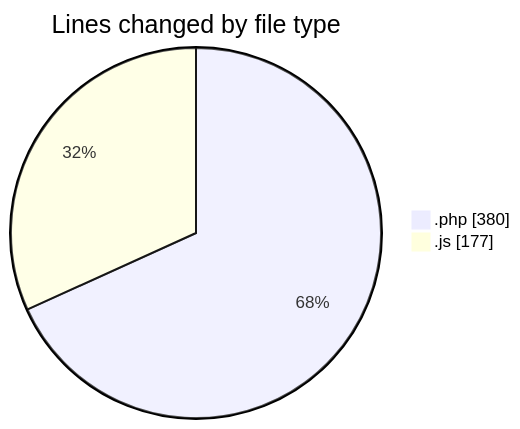
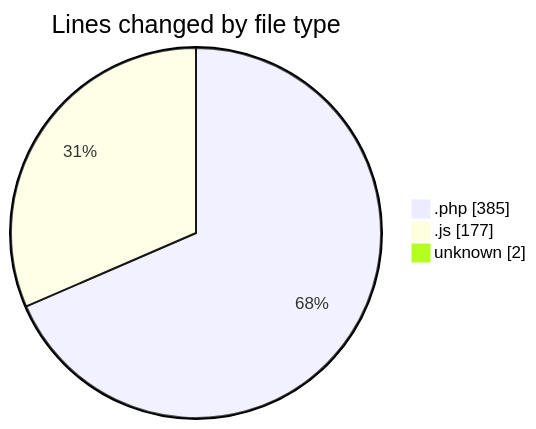
One commit to LanceThiago/code-tracking changed the first of 2 diagrams in 2025-03-26/kml/README.md. Above: the diagram before and after it, drawn with Mermaid. The commit also changed other lines of this file and 1 other file, not shown here.

````diff
--- a/2025-03-26/kml/README.md
+++ b/2025-03-26/kml/README.md
@@ -23,6 +24,7 @@
 ```mermaid
 pie showData
 title Lines changed by file type
-".php" : 380
+".php" : 385
 ".js" : 177
+"unknown" : 2
 ```
````
